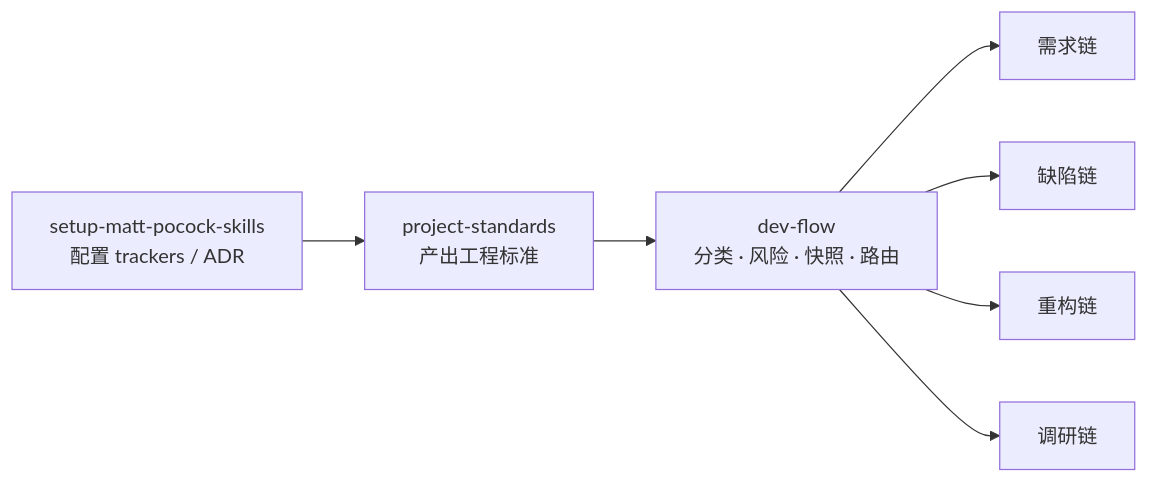
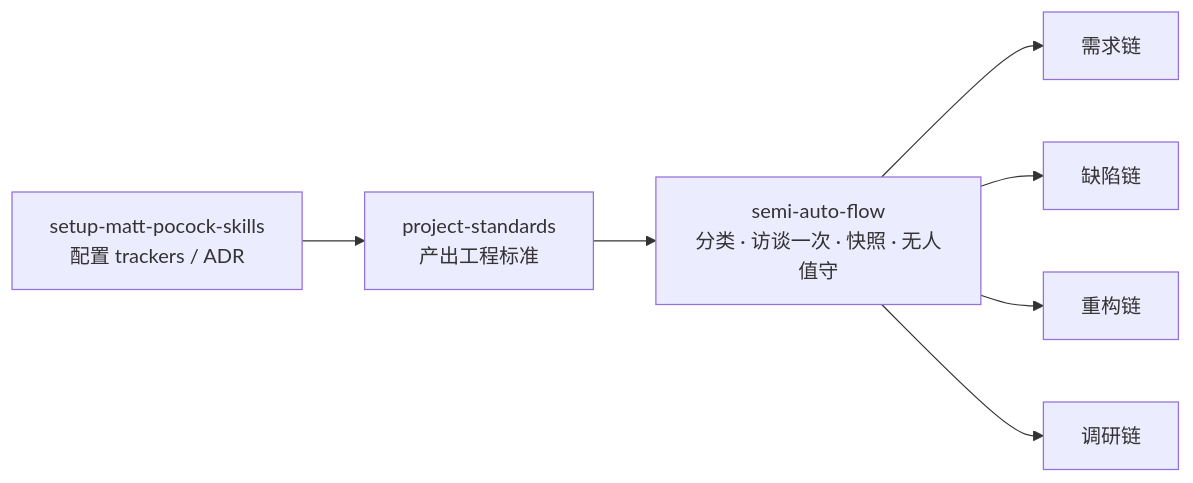
One commit to opsbli/skills changed the diagram in README.md. Above: the diagram before and after it, drawn with Mermaid. The commit also changed other lines of this file and 3 other files, not shown here.

````diff
--- a/README.md
+++ b/README.md
@@ -25,9 +27,9 @@
 ```mermaid
 graph LR
     A["setup-matt-pocock-skills<br/>配置 trackers / ADR"] --> B["project-standards<br/>产出工程标准"]
-    B --> C["dev-flow<br/>分类 · 风险 · 快照 · 路由"]
+    B --> C["semi-auto-flow<br/>分类 · 访谈一次 · 快照 · 无人值守"]
     C --> D["需求链"]
     C --> E["缺陷链"]
     C --> F["重构链"]
     C --> G["调研链"]
 ```
````
